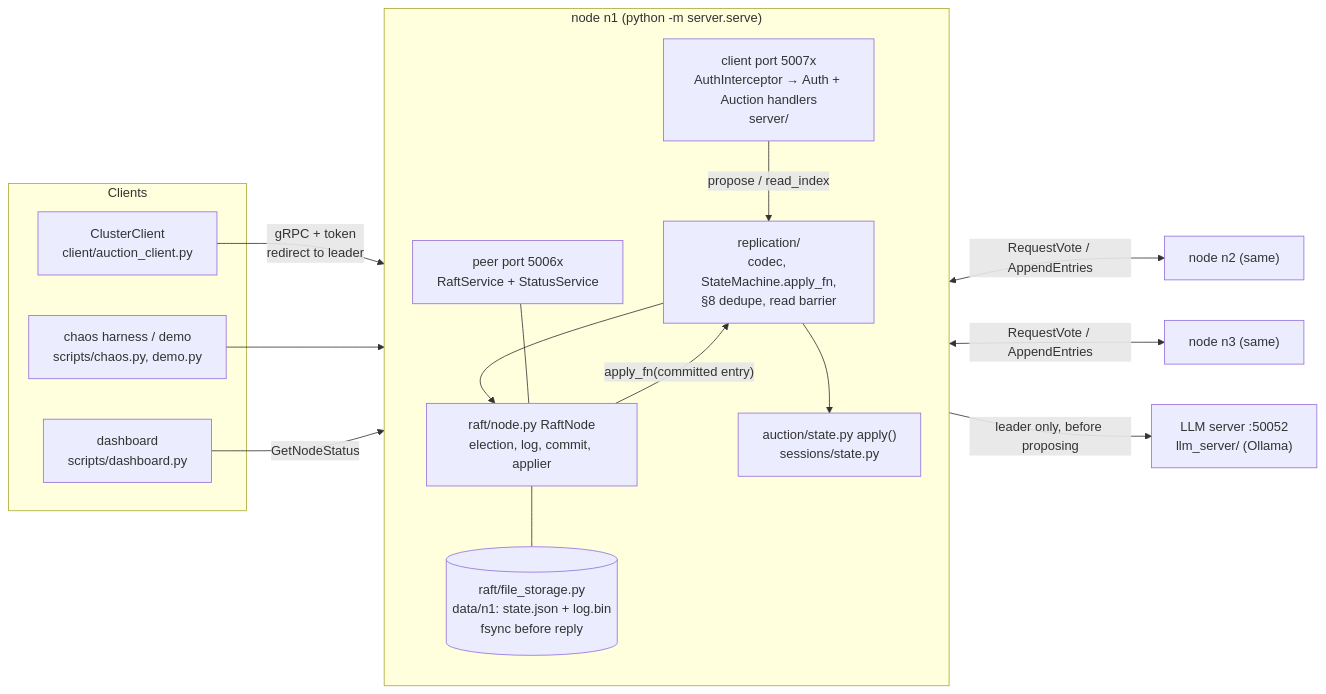
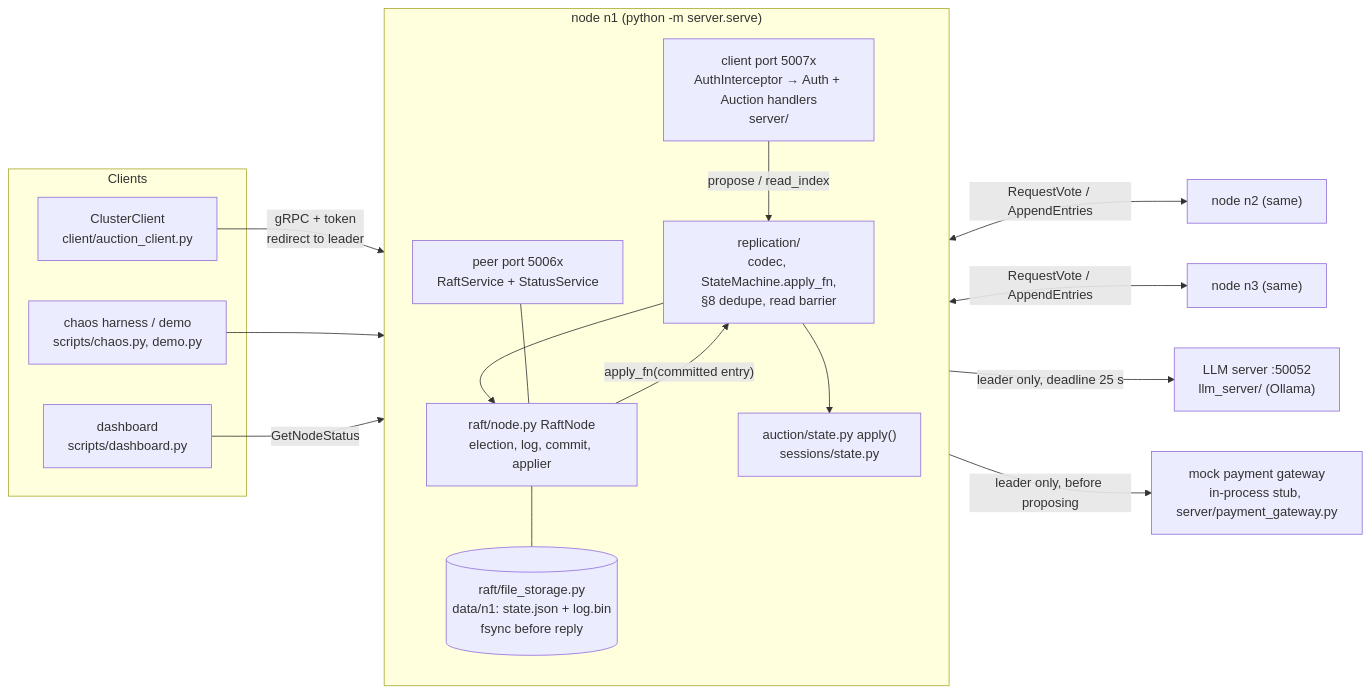
The diagram in README.md (MrudulDhaduk/Distributed-Auction-System), drawn with Mermaid before and after one commit. The commit also changed other lines of this file and 3 other files, not shown here.

````diff
--- a/README.md
+++ b/README.md
@@ -16,33 +27,35 @@
 ```mermaid
 flowchart LR
     subgraph Clients
         C1[ClusterClient<br/>client/auction_client.py]
         H[chaos harness / demo<br/>scripts/chaos.py, demo.py]
         D[dashboard<br/>scripts/dashboard.py]
     end
 
     subgraph N1["node n1 (python -m server.serve)"]
         direction TB
         A1["client port 5007x<br/>AuthInterceptor → Auth + Auction handlers<br/>server/"]
         R1["replication/<br/>codec, StateMachine.apply_fn,<br/>§8 dedupe, read barrier"]
         S1["auction/state.py apply()<br/>sessions/state.py"]
         K1["raft/node.py RaftNode<br/>election, log, commit, applier"]
         F1[("raft/file_storage.py<br/>data/n1: state.json + log.bin<br/>fsync before reply")]
         P1["peer port 5006x<br/>RaftService + StatusService"]
         A1 -- "propose / read_index" --> R1 --> K1
         K1 -- "apply_fn(committed entry)" --> R1 --> S1
         K1 --- F1
         P1 --- K1
     end
 
     N2["node n2 (same)"]
     N3["node n3 (same)"]
     L["LLM server :50052<br/>llm_server/ (Ollama)"]
+    G["mock payment gateway<br/>in-process stub, server/payment_gateway.py"]
 
     C1 -- "gRPC + token<br/>redirect to leader" --> A1
     H --> A1
     D -- "GetNodeStatus" --> P1
     P1 <-- "RequestVote / AppendEntries" --> N2
     P1 <-- "RequestVote / AppendEntries" --> N3
-    A1 -- "leader only, before proposing" --> L
+    A1 -- "leader only, deadline 25 s" --> L
+    A1 -- "leader only, before proposing" --> G
 ```
````
